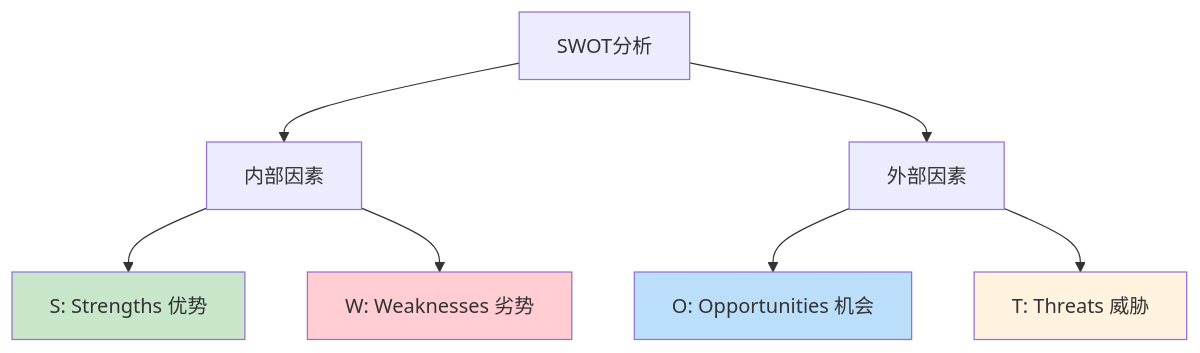
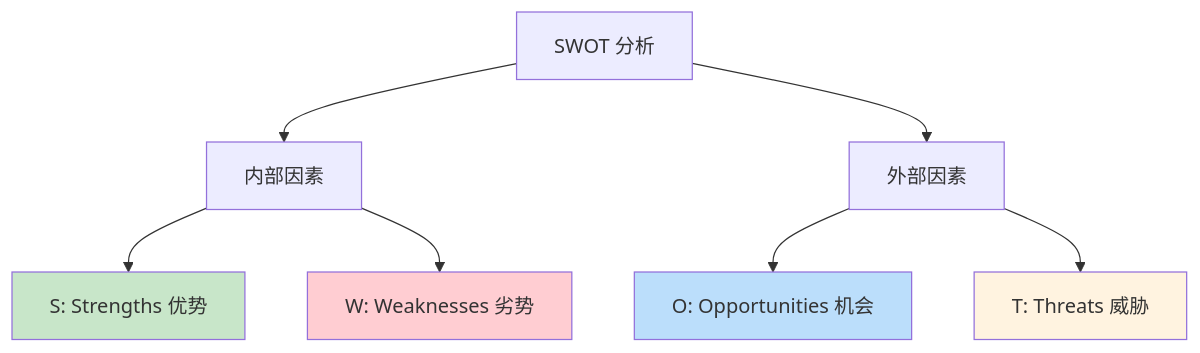
The diagram in packages/website/13.书籍/05.自我精进·成事/02.事前谋划/05.SWOT分析方法论.md (chongyang211/YCBookBlog), drawn with Mermaid before and after one commit. The commit also changed other lines of this file and 83 other files, not shown here.

````diff
--- a/packages/website/13.书籍/05.自我精进·成事/02.事前谋划/05.SWOT分析方法论.md
+++ b/packages/website/13.书籍/05.自我精进·成事/02.事前谋划/05.SWOT分析方法论.md
@@ -92,13 +68,13 @@
 ```mermaid
 graph TD
-    A[SWOT分析] --> B[内部因素]
+    A[SWOT 分析] --> B[内部因素]
     A --> C[外部因素]
     B --> D[S: Strengths 优势]
     B --> E[W: Weaknesses 劣势]
     C --> F[O: Opportunities 机会]
     C --> G[T: Threats 威胁]
     style D fill:#c8e6c9
     style E fill:#ffcdd2
     style F fill:#bbdefb
     style G fill:#fff3e0
 ```
````
